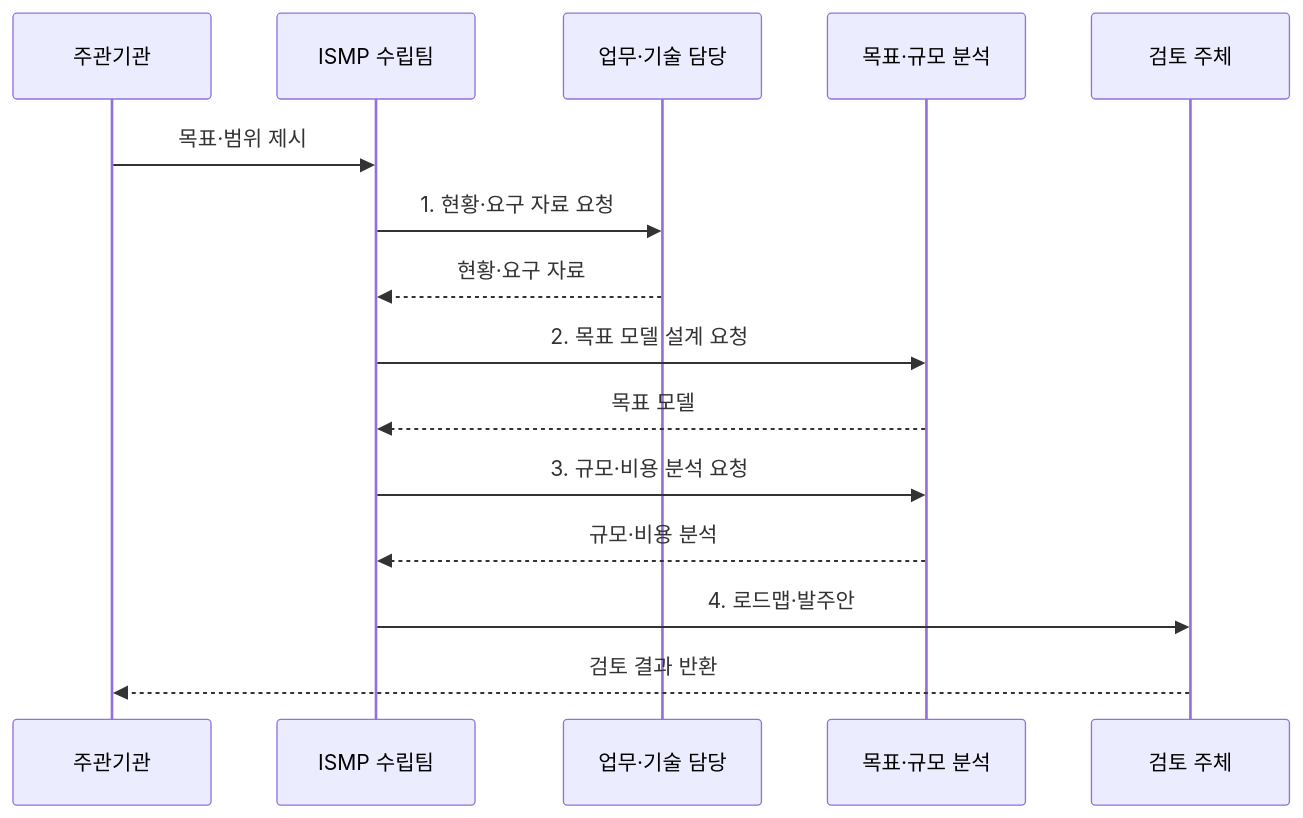
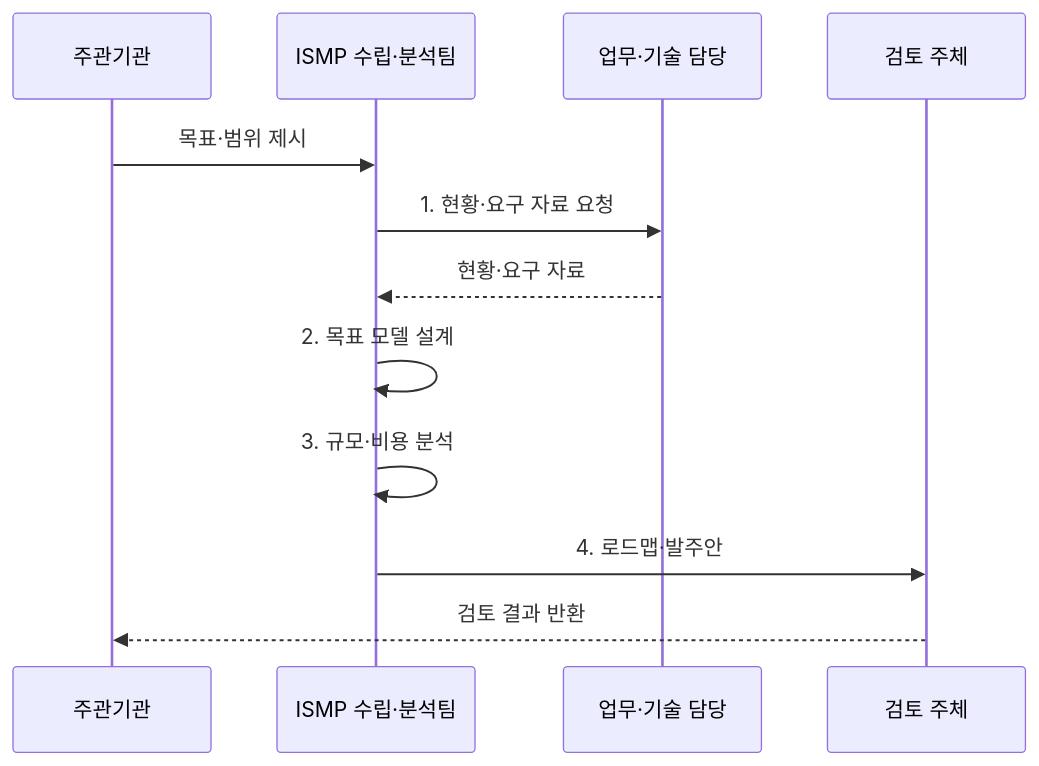
The second of 2 diagrams in src/content/docs/notes/03-software/187_ismp.md (agnusdei1207/knowledge-base), drawn with Mermaid before and after one commit. The commit also changed 9 other files, not shown here.

Commit message:
Focus governance and assurance diagrams

````diff
--- a/src/content/docs/notes/03-software/187_ismp.md
+++ b/src/content/docs/notes/03-software/187_ismp.md
@@ -94,17 +94,14 @@
 ```mermaid
 sequenceDiagram
     participant O as 주관기관
-    participant T as ISMP 수립팀
+    participant T as ISMP 수립·분석팀
     participant U as 업무·기술 담당
-    participant M as 목표·규모 분석
     participant R as 검토 주체
     O->>T: 목표·범위 제시
     T->>U: 1. 현황·요구 자료 요청
     U-->>T: 현황·요구 자료
-    T->>M: 2. 목표 모델 설계 요청
-    M-->>T: 목표 모델
-    T->>M: 3. 규모·비용 분석 요청
-    M-->>T: 규모·비용 분석
+    T->>T: 2. 목표 모델 설계
+    T->>T: 3. 규모·비용 분석
     T->>R: 4. 로드맵·발주안
     R-->>O: 검토 결과 반환
 ```
````
